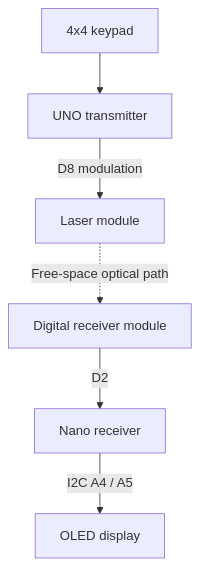
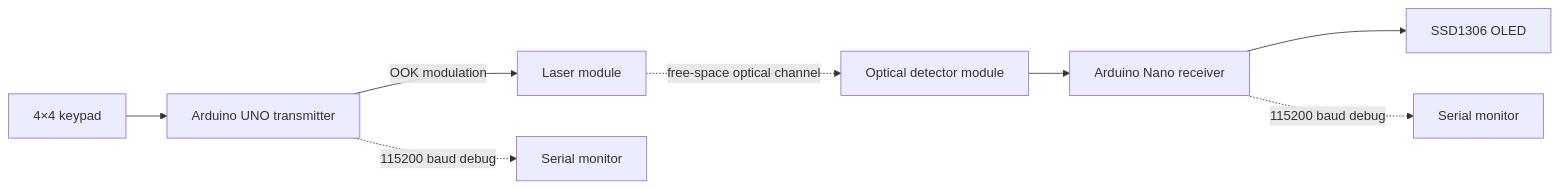
Before and after one commit to hossaamwer/free-space-optical-communication: the diagram in README.md, drawn with Mermaid. The commit also changed other lines of this file, not shown here.

````diff
--- a/README.md
+++ b/README.md
@@ -74,8 +25,11 @@
 ```mermaid
-flowchart TB
-  K[4x4 keypad] --> U[UNO transmitter]
-  U -->|D8 modulation| L[Laser module]
-  L -. Free-space optical path .-> R[Digital receiver module]
-  R -->|D2| N[Nano receiver]
-  N -->|I2C A4 / A5| O[OLED display]
+flowchart LR
+    K[4×4 keypad] --> TX[Arduino UNO transmitter]
+    TX -->|OOK modulation| L[Laser module]
+    L -. free-space optical channel .-> D[Optical detector module]
+    D --> RX[Arduino Nano receiver]
+    RX --> O[SSD1306 OLED]
+
+    TX -. 115200 baud debug .-> PC1[Serial monitor]
+    RX -. 115200 baud debug .-> PC2[Serial monitor]
 ```
````
